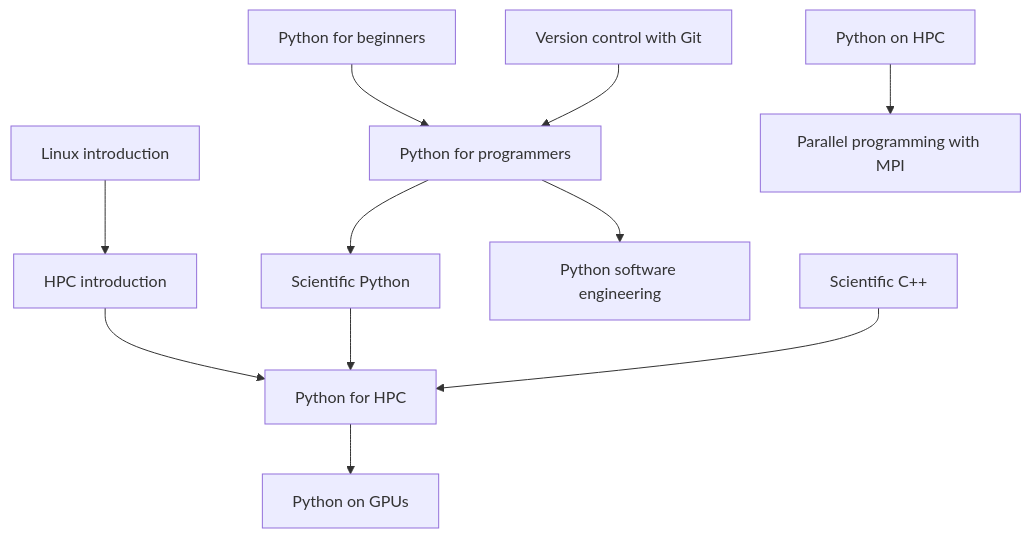
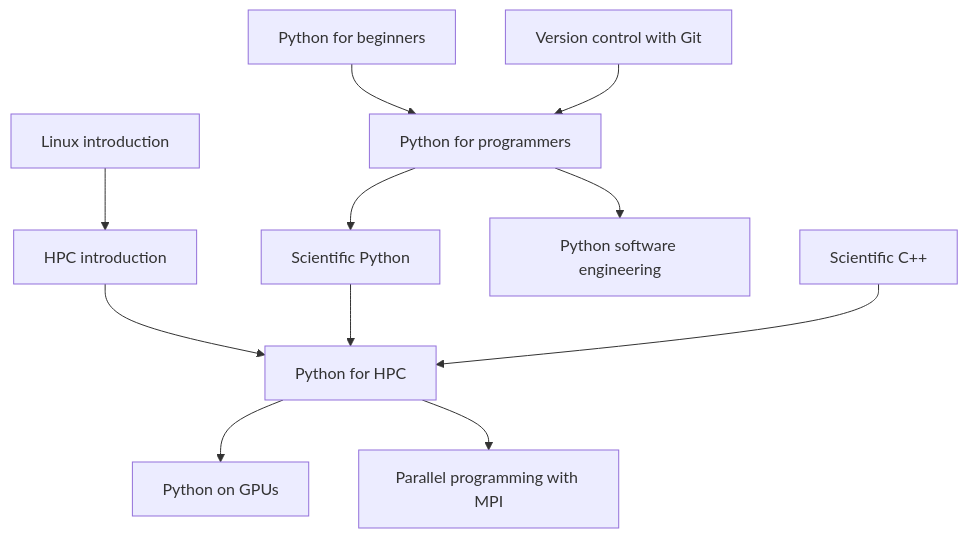
The diagram in docs/learning_path_developing_python_hpc_applications.md (gjbex/Training-sessions), drawn with Mermaid before and after one commit.

````diff
--- a/docs/learning_path_developing_python_hpc_applications.md
+++ b/docs/learning_path_developing_python_hpc_applications.md
@@ -7,24 +7,24 @@
 ```mermaid
 graph TD
   Python_for_beginners[Python for beginners] --> Python_for_programmers[Python for programmers]
   Version_control_with_git[Version control with Git] --> Python_for_programmers
   Linux_intro[Linux introduction] --> HPC_intro[HPC introduction]
   Python_for_programmers --> Scientific_Python[Scientific Python]
   HPC_intro --> Python_for_HPC[Python for HPC]
   Python_for_programmers --> Python_software_engineering[Python software engineering]
   Scientific_Python --> Python_for_HPC[Python for HPC]
   Scientific_Cpp[Scientific C++] --> Python_for_HPC
   Python_for_HPC --> Python_on_GPUs[Python on GPUs]
-  Python_on_HPC[Python on HPC] --> Parallel_programming_with_MPI[Parallel programming with MPI]
+  Python_for_HPC --> Parallel_programming_with_MPI[Parallel programming with MPI]
   click Version_control_with_git "https://gjbex.github.io/Version-control-with-git" "Version control with Git"
   click Linux_intro "https://gjbex.github.io/Training-sessions/linux_intro" "Linux introduction"
   click HPC_intro "https://gjbex.github.io/Training-sessions/hpc_intro" "HPC introduction"
   click Python_for_beginners "https://gjbex.github.io/Python-for-beginners/" "Python for beginners"
   click Python_for_programmers "https://gjbex.github.io/Python-for-programmers/" "Python for programmers"
   click Python_software_engineering "https://gjbex.github.io/Python-software-engineering/" "Python software engineering"
   click Scientific_Python "https://gjbex.github.io/Scientific-Python/" "Scientific Python"
   click Python_for_HPC "https://gjbex.github.io/Python-for-HPC/" "Python for HPC"
   click Scientific_Cpp "https://gjbex.github.io/Scientific-C-plus-plus/" "Scientific C++"
   click Python_on_GPUs "https://gjbex.github.io/Python-on-GPUs/" "Python on GPUs"
   click Parallel_programming_with_MPI "https://gjbex.github.io/Training-sessions/parallel_programming_with_mpi" "Parallel programming with MPI"
 ```
````
